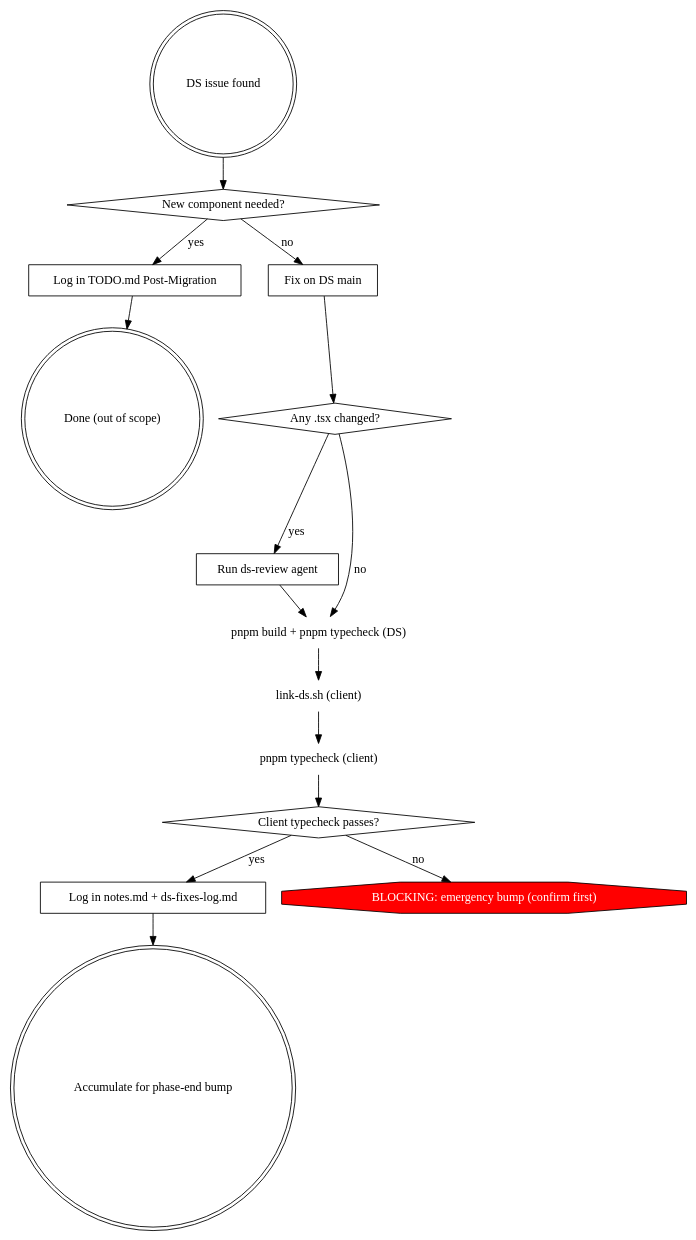
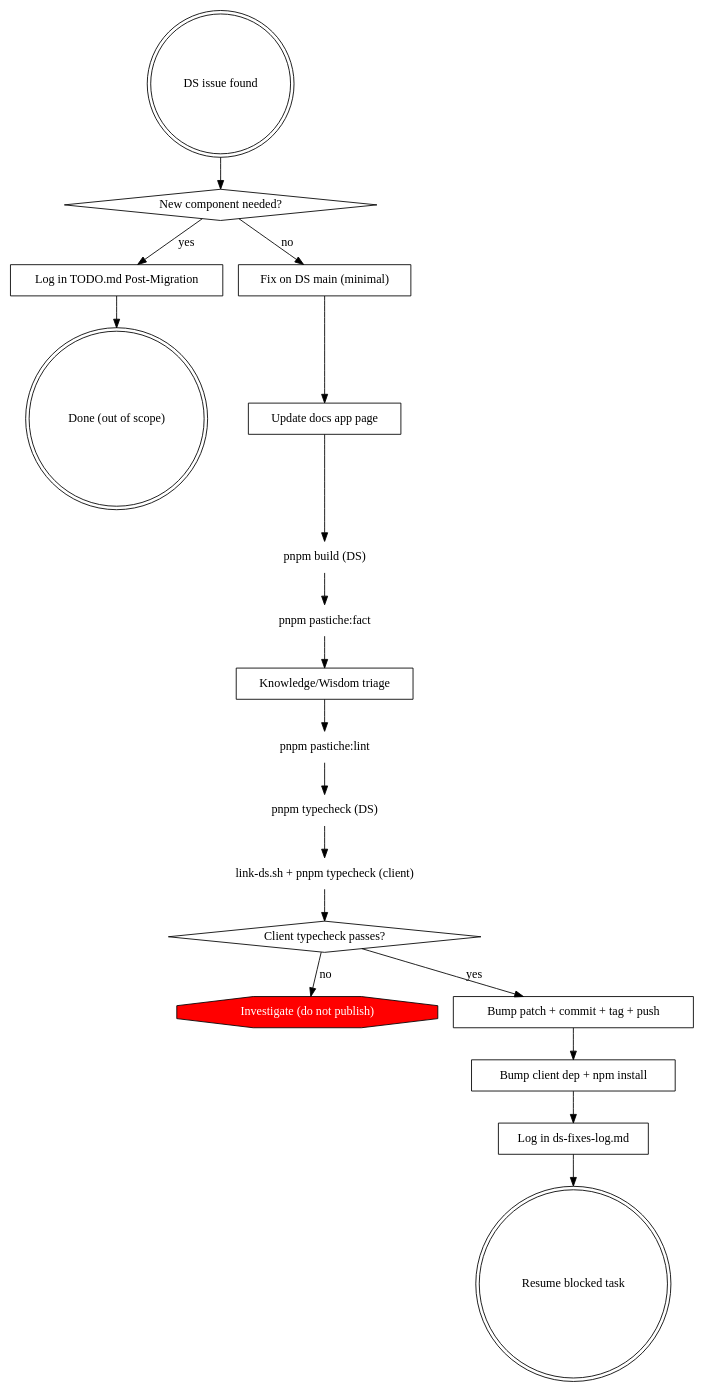
The diagram in .claude/skills/ds-fix-during-migration/SKILL.md (KISA-webpage-development-team/umichkisa-ds), drawn with Graphviz before and after one commit. The commit also changed other lines of this file and 10 other files, not shown here.

````diff
--- a/.claude/skills/ds-fix-during-migration/SKILL.md
+++ b/.claude/skills/ds-fix-during-migration/SKILL.md
@@ -14,33 +16,40 @@
 ```dot
 digraph scope {
   "DS issue found" [shape=doublecircle];
   "New component needed?" [shape=diamond];
   "Log in TODO.md Post-Migration" [shape=box];
   "Done (out of scope)" [shape=doublecircle];
-  "Fix on DS main" [shape=box];
-  "Any .tsx changed?" [shape=diamond];
-  "Run ds-review agent" [shape=box];
-  "pnpm build + pnpm typecheck (DS)" [shape=plaintext];
-  "link-ds.sh (client)" [shape=plaintext];
-  "pnpm typecheck (client)" [shape=plaintext];
+  "Fix on DS main (minimal)" [shape=box];
+  "Update docs app page" [shape=box];
+  "pnpm build (DS)" [shape=plaintext];
+  "pnpm pastiche:fact" [shape=plaintext];
+  "Knowledge/Wisdom triage" [shape=box];
+  "pnpm pastiche:lint" [shape=plaintext];
+  "pnpm typecheck (DS)" [shape=plaintext];
+  "link-ds.sh + pnpm typecheck (client)" [shape=plaintext];
   "Client typecheck passes?" [shape=diamond];
-  "Log in notes.md + ds-fixes-log.md" [shape=box];
-  "Accumulate for phase-end bump" [shape=doublecircle];
-  "BLOCKING: emergency bump (confirm first)" [shape=octagon, style=filled, fillcolor=red, fontcolor=white];
+  "Investigate (do not publish)" [shape=octagon, style=filled, fillcolor=red, fontcolor=white];
+  "Bump patch + commit + tag + push" [shape=box];
+  "Bump client dep + npm install" [shape=box];
+  "Log in ds-fixes-log.md" [shape=box];
+  "Resume blocked task" [shape=doublecircle];
 
   "DS issue found" -> "New component needed?";
   "New component needed?" -> "Log in TODO.md Post-Migration" [label="yes"];
   "Log in TODO.md Post-Migration" -> "Done (out of scope)";
-  "New component needed?" -> "Fix on DS main" [label="no"];
-  "Fix on DS main" -> "Any .tsx changed?";
-  "Any .tsx changed?" -> "Run ds-review agent" [label="yes"];
-  "Any .tsx changed?" -> "pnpm build + pnpm typecheck (DS)" [label="no"];
-  "Run ds-review agent" -> "pnpm build + pnpm typecheck (DS)";
-  "pnpm build + pnpm typecheck (DS)" -> "link-ds.sh (client)";
-  "link-ds.sh (client)" -> "pnpm typecheck (client)";
-  "pnpm typecheck (client)" -> "Client typecheck passes?";
-  "Client typecheck passes?" -> "Log in notes.md + ds-fixes-log.md" [label="yes"];
-  "Client typecheck passes?" -> "BLOCKING: emergency bump (confirm first)" [label="no"];
-  "Log in notes.md + ds-fixes-log.md" -> "Accumulate for phase-end bump";
+  "New component needed?" -> "Fix on DS main (minimal)" [label="no"];
+  "Fix on DS main (minimal)" -> "Update docs app page";
+  "Update docs app page" -> "pnpm build (DS)";
+  "pnpm build (DS)" -> "pnpm pastiche:fact";
+  "pnpm pastiche:fact" -> "Knowledge/Wisdom triage";
+  "Knowledge/Wisdom triage" -> "pnpm pastiche:lint";
+  "pnpm pastiche:lint" -> "pnpm typecheck (DS)";
+  "pnpm typecheck (DS)" -> "link-ds.sh + pnpm typecheck (client)";
+  "link-ds.sh + pnpm typecheck (client)" -> "Client typecheck passes?";
+  "Client typecheck passes?" -> "Investigate (do not publish)" [label="no"];
+  "Client typecheck passes?" -> "Bump patch + commit + tag + push" [label="yes"];
+  "Bump patch + commit + tag + push" -> "Bump client dep + npm install";
+  "Bump client dep + npm install" -> "Log in ds-fixes-log.md";
+  "Log in ds-fixes-log.md" -> "Resume blocked task";
 }
 ```
````
